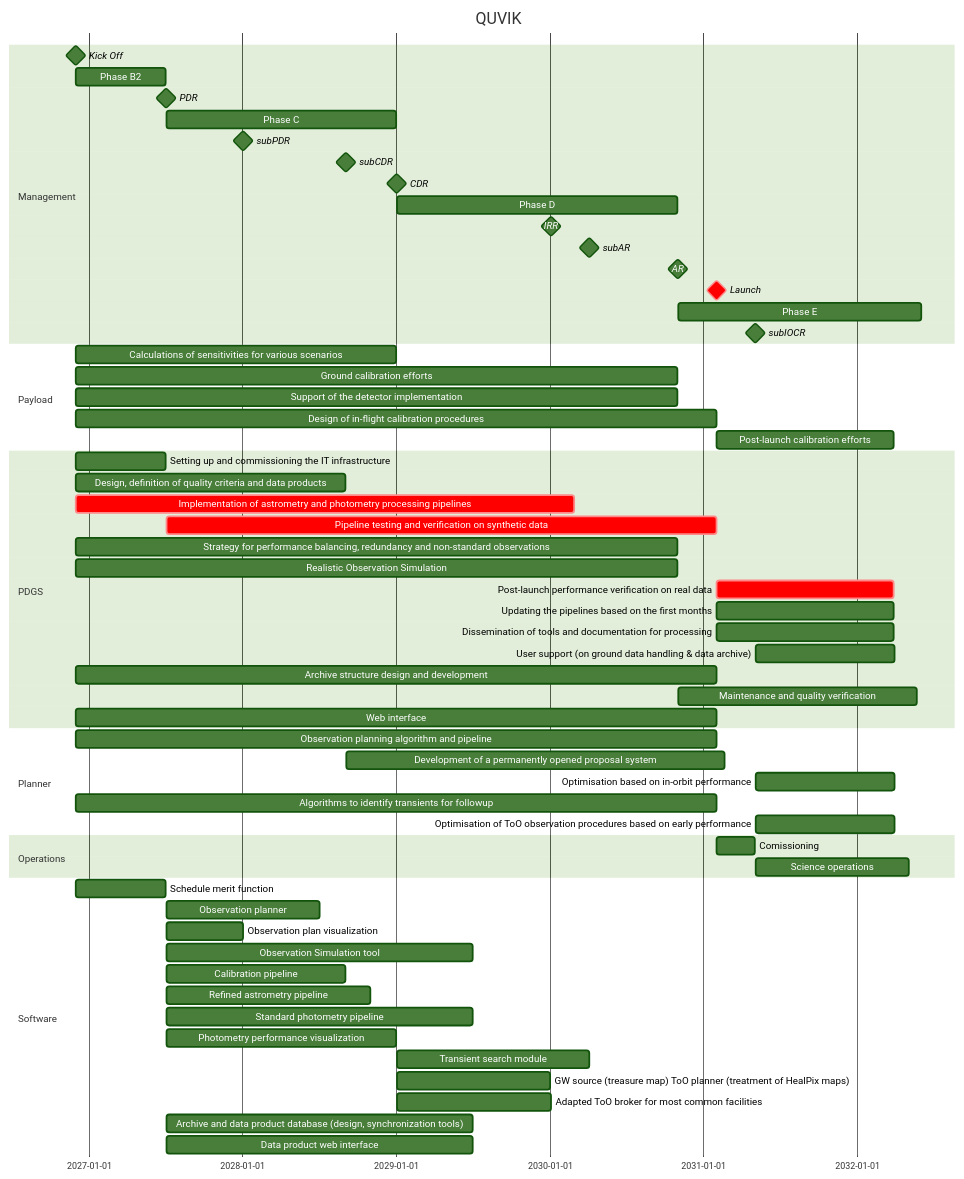
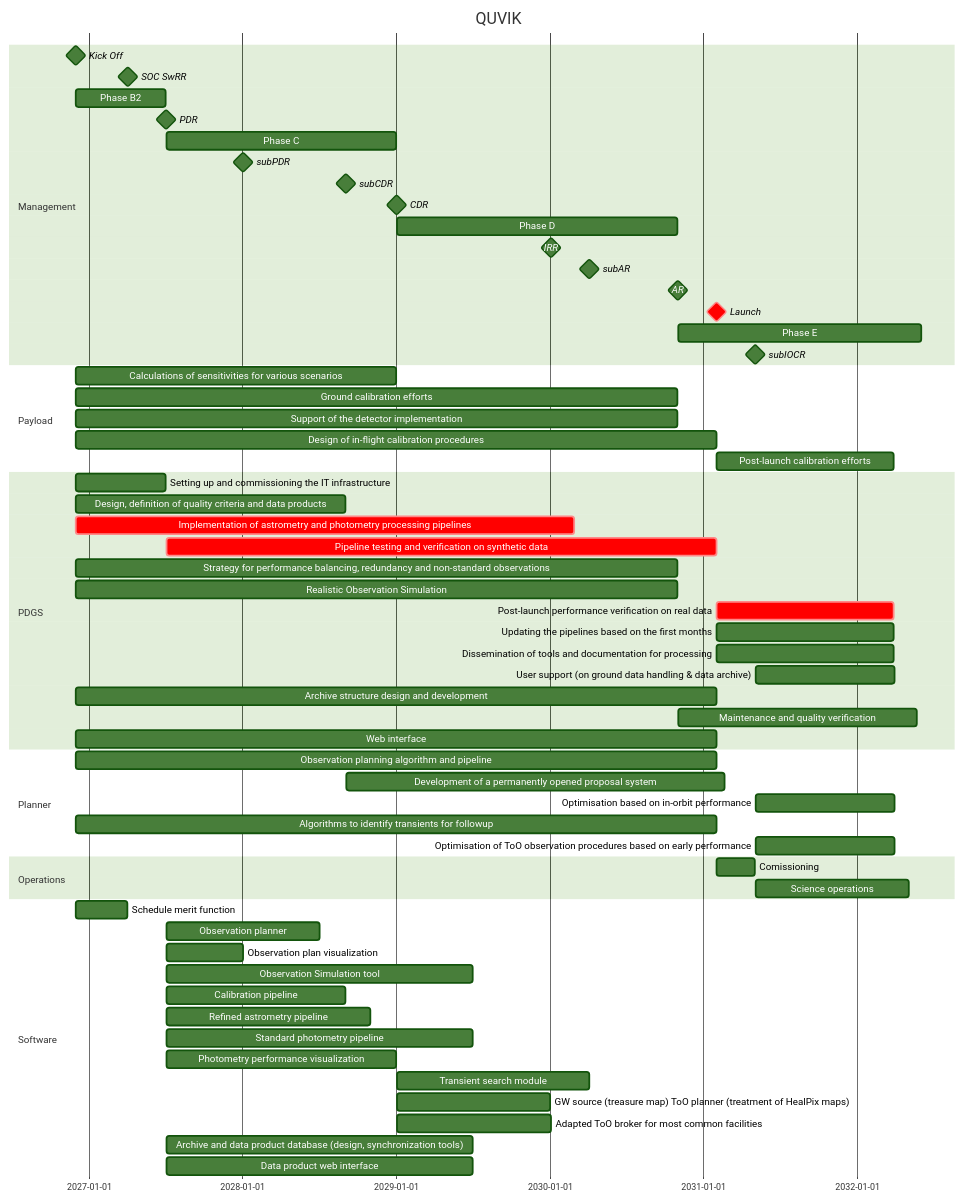
One commit to limu007/quvik changed the first of 2 diagrams in calib/SOC.md. Above: the diagram before and after it, drawn with Mermaid (forest theme).

Commit message:
Modify SOC milestones and software schedule
Updated schedule for SOC milestones and software functions.

````diff
--- a/calib/SOC.md
+++ b/calib/SOC.md
@@ -1,69 +1,70 @@
 ```mermaid
 gantt
     title QUVIK
     dateFormat  YYYY-MM-DD
     section Management
     Kick Off : milestone, m1, 2026-12-01, 1d
+    SOC SwRR : milestone, swr, after SD-1, 1d
     Phase B2 : b2, after m1, 213d
     PDR : milestone, pdr, after b2, 1d
     Phase C : c1, after pdr, 547d
     subPDR :  milestone, sp1, after SD-3, 1d
     subCDR :  milestone, sc1, after SD-5, 1d
     CDR : milestone, cdr, after c1, 1d
     Phase D : d1, after cdr, 668d
     IRR : milestone, irr, after SD-11, 1d
     subAR: milestone, sar, after SD-9, 1d
     AR : milestone, ar, after d1, 1d
     Launch : crit, milestone, frr, after fol, 1d
     Phase E : e1, after ar, 578d
     subIOCR : milestone, iocr, after e2, 1d
 
     section Payload
     Calculations of sensitivities for various scenarios :  after m1 , until cdr
     Ground calibration efforts :  after m1 , until ar
     Support of the detector implementation :  after m1 , until ar 
     Design of in-flight calibration procedures :  dcal, after m1 , until frr
     Post-launch calibration efforts : after frr , 420d
 
     section PDGS
     Setting up and commissioning the IT infrastructure : after m1, until pdr
     Design, definition of quality criteria and data products : 	des, after m1	, until sc1
     Implementation of astrometry and photometry processing pipelines :crit, imp, after m1 , 169w
     Pipeline testing and verification on synthetic data :crit,  pp, after pdr, until frr
     Strategy for performance balancing, redundancy and non-standard observations :  after m1 , until ar
     Realistic Observation Simulation :  after m1 , until ar
     Post-launch performance verification on real data :crit,   after frr , 420d
     Updating the pipelines based on the first months :  after frr , 420d
     Dissemination of tools and documentation for processing :  after frr , 420d
     User support (on ground data handling & data archive) :  after iocr , 330d
     Archive structure design and development :  after m1 , until frr
     Maintenance and quality verification :  after ar , 81w
     Web interface :  after m1 , until frr
 
     section Planner
     Observation planning algorithm and pipeline :  after m1 , until frr
     Development of a permanently opened proposal system : after sc1 , 900d
     Optimisation based on in-orbit performance :  after iocr , 330d
     Algorithms to identify transients for followup : fol, after m1 , 1522d
     Optimisation of ToO observation procedures based on early performance :  after iocr , 330d
 
     section Operations
         Comissioning : e2, after frr, 13w
         Science operations : e3, after iocr, 52w
 
     section Software
-        Schedule merit function: SD-2, after m1, 212d
+        Schedule merit function: SD-1, after m1, 122d
         Observation planner: SD-2, after pdr, 364d
         Observation plan visualization: SD-3, after pdr, 182d
         Observation Simulation tool: SD-4, after pdr, 729d
         Calibration pipeline: SD-5, after pdr, 427d
         Refined astrometry pipeline: SD-6, after pdr, 486d
         Standard photometry pipeline: SD-7, after pdr, 729d
         Photometry performance visualization: SD-8, after pdr, 547d
         Transient search module: SD-9, after cdr, 457d
         GW source (treasure map) ToO planner (treatment of HealPix maps): SD-10, after cdr, 364d
         Adapted ToO broker for most common facilities: SD-11, after cdr, 366d
         Archive and data product database (design, synchronization tools): SD-12, after pdr, 729d
         Data product web interface: SD-13, after pdr, 729d
 
 ```
````
